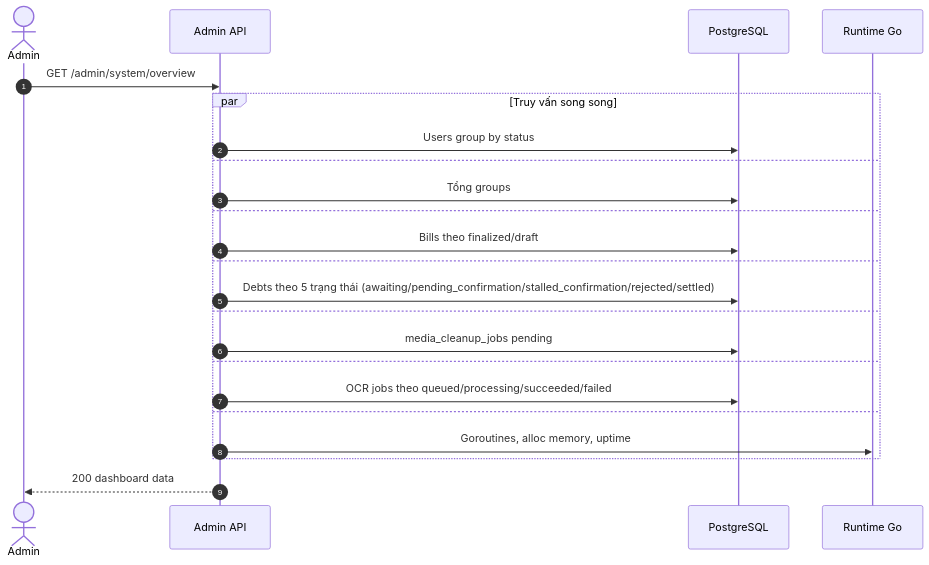
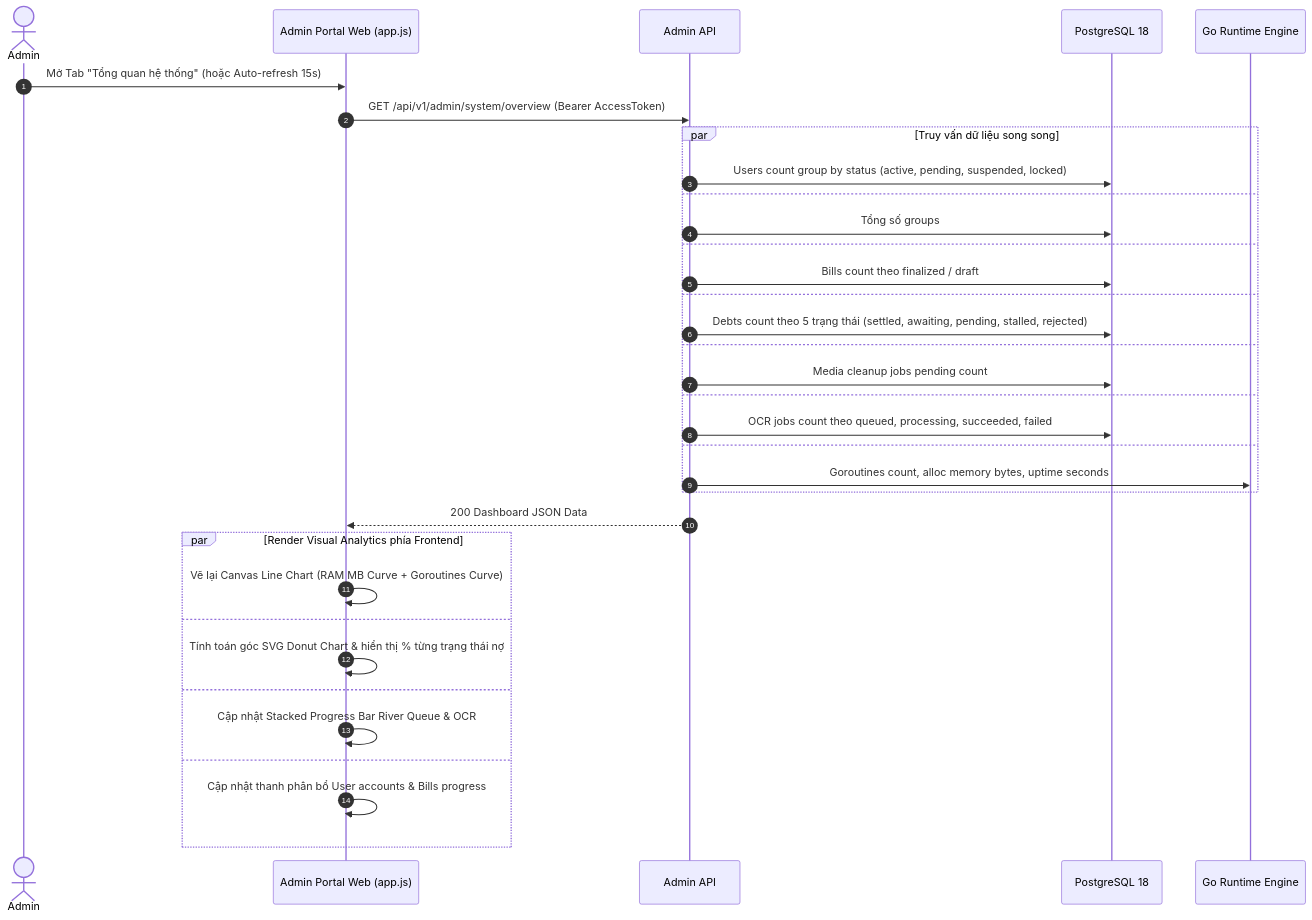
Before and after one commit to FintechVSF-Tranning/PaySplit-RP: the third of 5 diagrams in flow/06-admin.md, drawn with Mermaid. The commit also changed other lines of this file and 3 other files, not shown here.

First line of the commit message:
Enhance Admin Module Documentation and Integrate Web Admin Portal

````diff
--- a/flow/06-admin.md
+++ b/flow/06-admin.md
@@ -86,26 +125,38 @@
 ```mermaid
 sequenceDiagram
     autonumber
     actor A as Admin
+    participant FE as Admin Portal Web (app.js)
     participant BE as Admin API
-    participant DB as PostgreSQL
-    participant RT as Runtime Go
+    participant DB as PostgreSQL 18
+    participant RT as Go Runtime Engine
 
-    A->>BE: GET /admin/system/overview
-    par Truy vấn song song
-        BE->>DB: Users group by status
+    A->>FE: Mở Tab "Tổng quan hệ thống" (hoặc Auto-refresh 15s)
+    FE->>BE: GET /api/v1/admin/system/overview (Bearer AccessToken)
+    par Truy vấn dữ liệu song song
+        BE->>DB: Users count group by status (active, pending, suspended, locked)
     and
-        BE->>DB: Tổng groups
+        BE->>DB: Tổng số groups
     and
-        BE->>DB: Bills theo finalized/draft
+        BE->>DB: Bills count theo finalized / draft
     and
-        BE->>DB: Debts theo 5 trạng thái (awaiting/pending_confirmation/stalled_confirmation/rejected/settled)
+        BE->>DB: Debts count theo 5 trạng thái (settled, awaiting, pending, stalled, rejected)
     and
-        BE->>DB: media_cleanup_jobs pending
+        BE->>DB: Media cleanup jobs pending count
     and
-        BE->>DB: OCR jobs theo queued/processing/succeeded/failed
+        BE->>DB: OCR jobs count theo queued, processing, succeeded, failed
     and
-        BE->>RT: Goroutines, alloc memory, uptime
+        BE->>RT: Goroutines count, alloc memory bytes, uptime seconds
     end
-    BE-->>A: 200 dashboard data
+    BE-->>FE: 200 Dashboard JSON Data
+
+    par Render Visual Analytics phía Frontend
+        FE->>FE: Vẽ lại Canvas Line Chart (RAM MB Curve + Goroutines Curve)
+    and
+        FE->>FE: Tính toán góc SVG Donut Chart & hiển thị % từng trạng thái nợ
+    and
+        FE->>FE: Cập nhật Stacked Progress Bar River Queue & OCR
+    and
+        FE->>FE: Cập nhật thanh phân bổ User accounts & Bills progress
+    end
 ```
````
